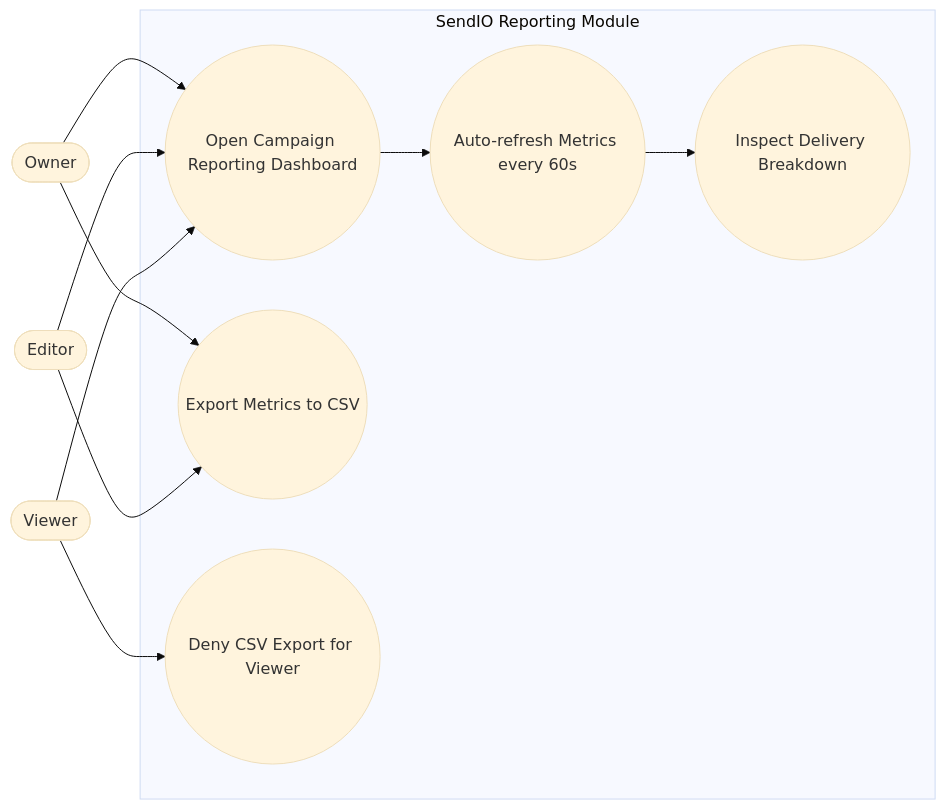
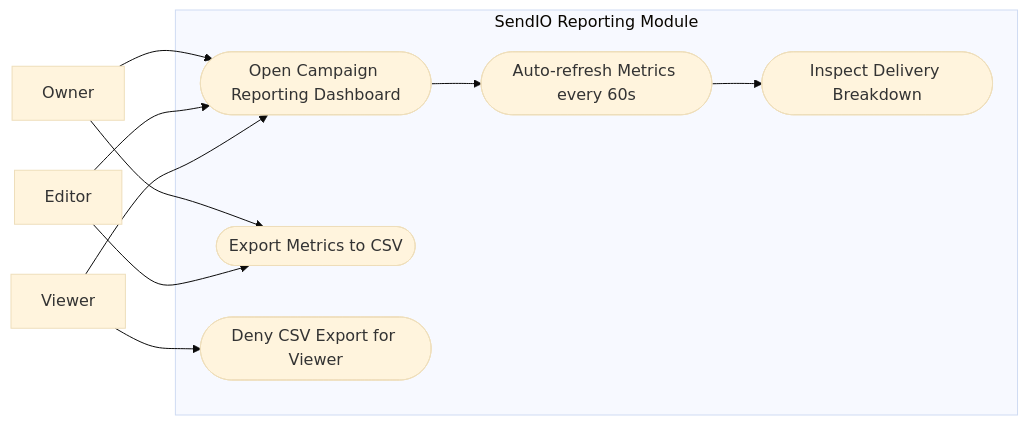
The diagram in docs/analysis/interactions/reporting-use-cases.md (Chopyh/SendIO), drawn with Mermaid (base theme) before and after one commit. The commit also changed 40 other files, not shown here.

Commit message:
Translate design documentation to Spanish, update activity and component diagrams, and add new system design chapter for SendIO. Implement Docker Redis queue worker and enhance validation documentation. Refactor frontend campaign list page and update shell scripts for queue management.

````diff
--- a/docs/analysis/interactions/reporting-use-cases.md
+++ b/docs/analysis/interactions/reporting-use-cases.md
@@ -5,23 +5,23 @@
 ```mermaid
 flowchart LR
-  Owner([Owner])
-  Editor([Editor])
-  Viewer([Viewer])
+  Owner[Owner]
+  Editor[Editor]
+  Viewer[Viewer]
 
   subgraph SendIOReporting[SendIO Reporting Module]
-    UC1((Open Campaign Reporting Dashboard))
-    UC2((Auto-refresh Metrics every 60s))
-    UC3((Inspect Delivery Breakdown))
-    UC4((Export Metrics to CSV))
-    UC5((Deny CSV Export for Viewer))
+    UC1([Open Campaign Reporting Dashboard])
+    UC2([Auto-refresh Metrics every 60s])
+    UC3([Inspect Delivery Breakdown])
+    UC4([Export Metrics to CSV])
+    UC5([Deny CSV Export for Viewer])
   end
 
   Owner --> UC1
   Editor --> UC1
   Viewer --> UC1
   UC1 --> UC2
   UC2 --> UC3
   Owner --> UC4
   Editor --> UC4
   Viewer --> UC5
 ```
````
